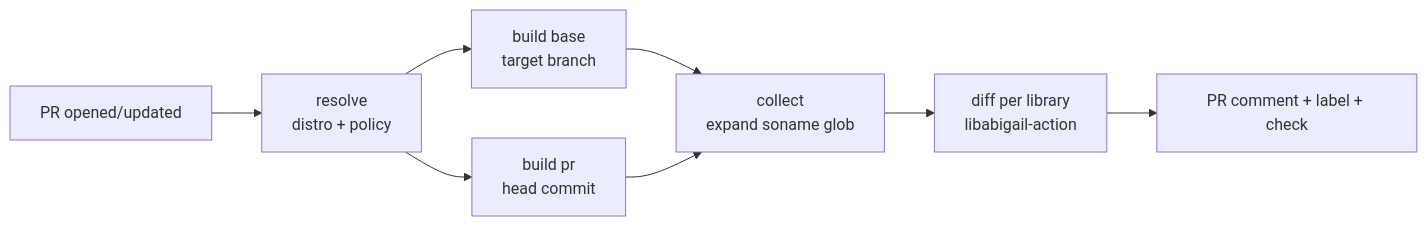
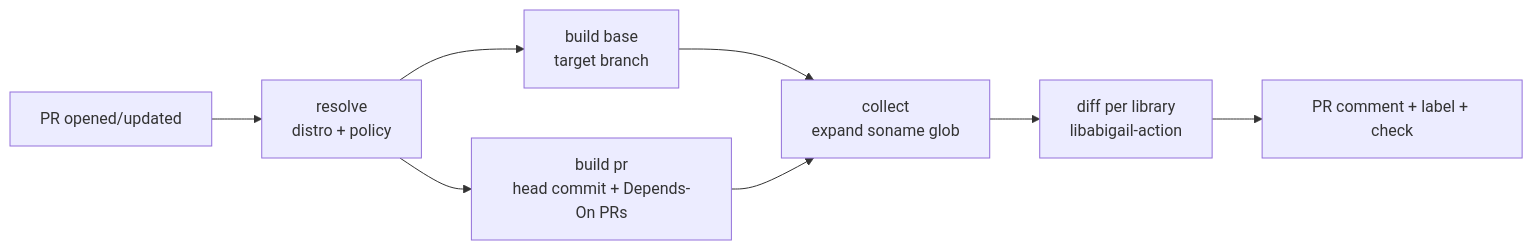
One commit to fujitatomoya/ros2-abi-action changed the diagram in README.md. Above: the diagram before and after it, drawn with Mermaid. The commit also changed other lines of this file and 16 other files, not shown here.

First line of the commit message:
support full source code build with related PRs via overlay. (#9)

````diff
--- a/README.md
+++ b/README.md
@@ -71,10 +76,10 @@
 ```mermaid
 flowchart LR
     A[PR opened/updated] --> R[resolve<br/>distro + policy]
     R --> B1[build base<br/>target branch]
-    R --> B2[build pr<br/>head commit]
+    R --> B2[build pr<br/>head commit + Depends-On PRs]
     B1 --> C[collect<br/>expand soname glob]
     B2 --> C
     C --> D[diff per library<br/>libabigail-action]
     D --> E[PR comment + label + check]
 ```
````
